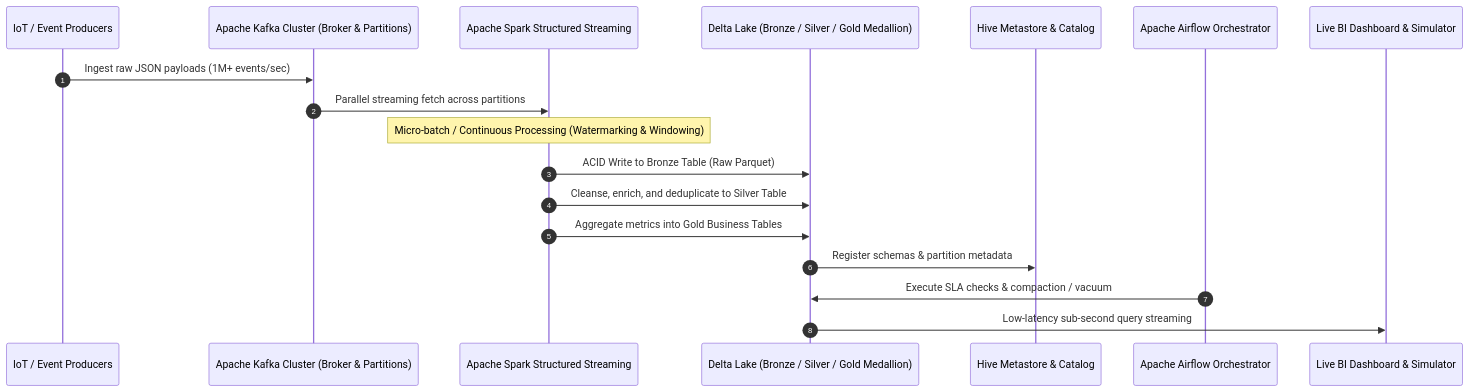
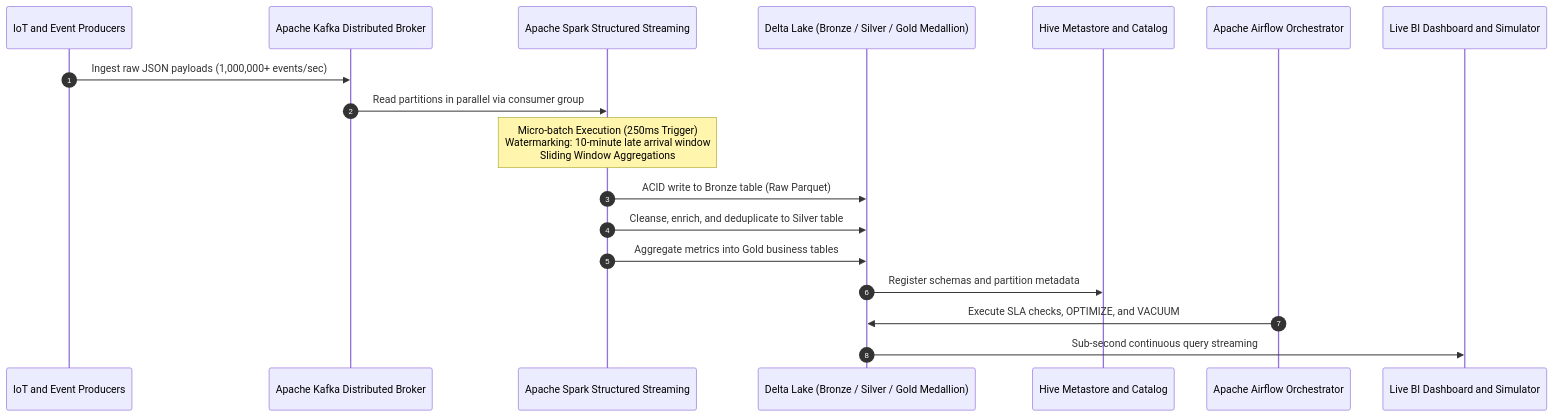
The third of 8 diagrams in README.md (Ahmedbakr78/Portfolio), drawn with Mermaid before and after one commit. The commit also changed other lines of this file and 4 other files, not shown here.

Commit message:
docs: remove all emojis and expand comprehensive architectural documentation and whitepapers

````diff
--- a/README.md
+++ b/README.md
@@ -158,21 +161,21 @@
 ```mermaid
 sequenceDiagram
     autonumber
-    participant Client as IoT / Event Producers
-    participant Kafka as Apache Kafka Cluster (Broker & Partitions)
+    participant Client as IoT and Event Producers
+    participant Kafka as Apache Kafka Distributed Broker
     participant Spark as Apache Spark Structured Streaming
     participant Delta as Delta Lake (Bronze / Silver / Gold Medallion)
-    participant Hive as Hive Metastore & Catalog
+    participant Hive as Hive Metastore and Catalog
     participant Airflow as Apache Airflow Orchestrator
-    participant Consumer as Live BI Dashboard & Simulator
+    participant Consumer as Live BI Dashboard and Simulator
 
-    Client->>Kafka: Ingest raw JSON payloads (1M+ events/sec)
-    Kafka->>Spark: Parallel streaming fetch across partitions
-    Note over Spark: Micro-batch / Continuous Processing (Watermarking & Windowing)
-    Spark->>Delta: ACID Write to Bronze Table (Raw Parquet)
-    Spark->>Delta: Cleanse, enrich, and deduplicate to Silver Table
-    Spark->>Delta: Aggregate metrics into Gold Business Tables
-    Delta->>Hive: Register schemas & partition metadata
-    Airflow->>Delta: Execute SLA checks & compaction / vacuum
-    Delta->>Consumer: Low-latency sub-second query streaming
+    Client->>Kafka: Ingest raw JSON payloads (1,000,000+ events/sec)
+    Kafka->>Spark: Read partitions in parallel via consumer group
+    Note over Spark: Micro-batch Execution (250ms Trigger)<br/>Watermarking: 10-minute late arrival window<br/>Sliding Window Aggregations
+    Spark->>Delta: ACID write to Bronze table (Raw Parquet)
+    Spark->>Delta: Cleanse, enrich, and deduplicate to Silver table
+    Spark->>Delta: Aggregate metrics into Gold business tables
+    Delta->>Hive: Register schemas and partition metadata
+    Airflow->>Delta: Execute SLA checks, OPTIMIZE, and VACUUM
+    Delta->>Consumer: Sub-second continuous query streaming
 ```
````
